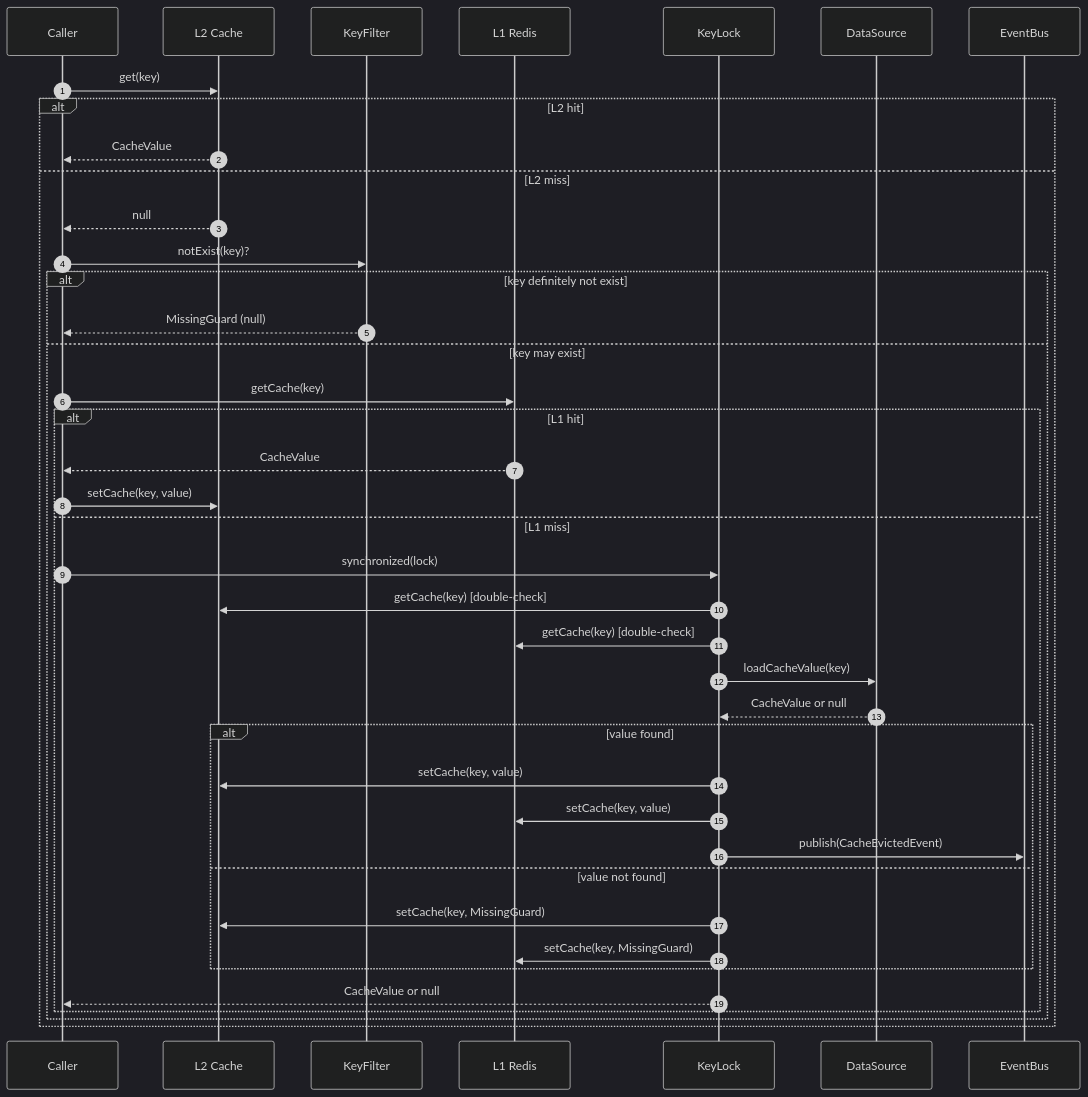
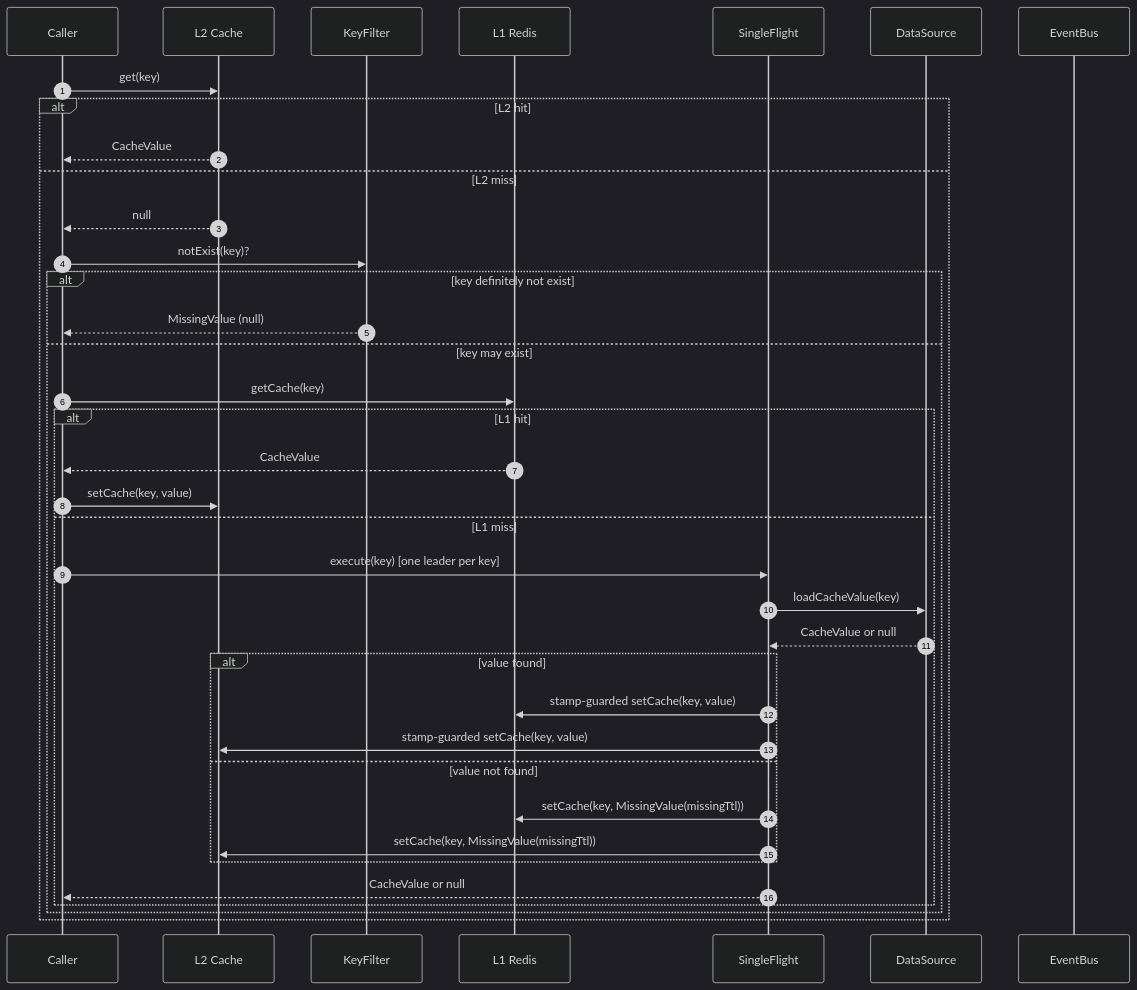
Before and after one commit to Ahoo-Wang/CoCache: the fourth of 4 diagrams in wiki/guide/index.md, drawn with Mermaid (dark theme). The commit also changed other lines of this file and 256 other files, not shown here.

````diff
--- a/wiki/guide/index.md
+++ b/wiki/guide/index.md
@@ -157,44 +155,41 @@
 ```mermaid
 sequenceDiagram
 autonumber
     participant Caller as Caller
     participant L2 as L2 Cache
     participant KeyFilter as KeyFilter
     participant L1 as L1 Redis
-    participant Lock as KeyLock
+    participant Lock as SingleFlight
     participant L0 as DataSource
     participant EventBus as EventBus
 
     Caller->>L2: get(key)
     alt L2 hit
         L2-->>Caller: CacheValue
     else L2 miss
         L2-->>Caller: null
         Caller->>KeyFilter: notExist(key)?
         alt key definitely not exist
-            KeyFilter-->>Caller: MissingGuard (null)
+            KeyFilter-->>Caller: MissingValue (null)
         else key may exist
             Caller->>L1: getCache(key)
             alt L1 hit
                 L1-->>Caller: CacheValue
                 Caller->>L2: setCache(key, value)
             else L1 miss
-                Caller->>Lock: synchronized(lock)
-                Lock->>L2: getCache(key) [double-check]
-                Lock->>L1: getCache(key) [double-check]
+                Caller->>Lock: execute(key) [one leader per key]
                 Lock->>L0: loadCacheValue(key)
                 L0-->>Lock: CacheValue or null
                 alt value found
-                    Lock->>L2: setCache(key, value)
-                    Lock->>L1: setCache(key, value)
-                    Lock->>EventBus: publish(CacheEvictedEvent)
+                    Lock->>L1: stamp-guarded setCache(key, value)
+                    Lock->>L2: stamp-guarded setCache(key, value)
                 else value not found
-                    Lock->>L2: setCache(key, MissingGuard)
-                    Lock->>L1: setCache(key, MissingGuard)
+                    Lock->>L1: setCache(key, MissingValue(missingTtl))
+                    Lock->>L2: setCache(key, MissingValue(missingTtl))
                 end
                 Lock-->>Caller: CacheValue or null
             end
         end
     end
 
 ```
````
